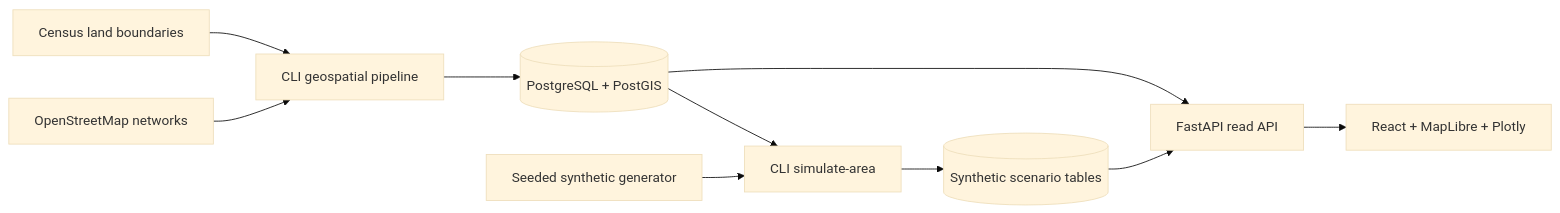
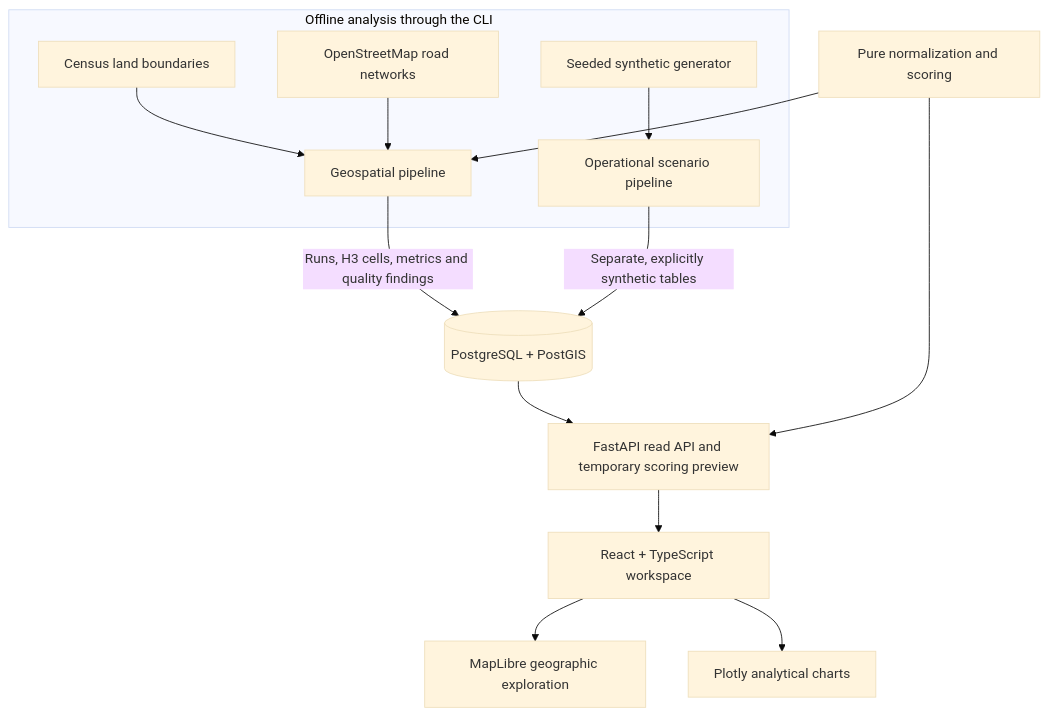
The diagram in README.md (KenilGopani/mobility-lens), drawn with Mermaid (base theme) before and after one commit. The commit also changed other lines of this file and 2 other files, not shown here.

````diff
--- a/README.md
+++ b/README.md
@@ -160,12 +90,17 @@
 ```mermaid
-flowchart LR
-    Census[Census land boundaries] --> Pipeline[CLI geospatial pipeline]
-    OSM[OpenStreetMap networks] --> Pipeline
-    Pipeline --> DB[(PostgreSQL + PostGIS)]
-    DB --> API[FastAPI read API]
-    API --> UI[React + MapLibre + Plotly]
-    Generator[Seeded synthetic generator] --> Sim[CLI simulate-area]
-    DB --> Sim
-    Sim --> Synthetic[(Synthetic scenario tables)]
-    Synthetic --> API
+flowchart TB
+    subgraph Batch[Offline analysis through the CLI]
+        Census[Census land boundaries] --> Pipeline[Geospatial pipeline]
+        OSM[OpenStreetMap road networks] --> Pipeline
+        Generator[Seeded synthetic generator] --> Simulation[Operational scenario pipeline]
+    end
+
+    Pipeline -->|Runs, H3 cells, metrics and quality findings| DB[(PostgreSQL + PostGIS)]
+    Simulation -->|Separate, explicitly synthetic tables| DB
+    Scoring[Pure normalization and scoring] --> Pipeline
+    Scoring --> API[FastAPI read API and temporary scoring preview]
+    DB --> API
+    API --> UI[React + TypeScript workspace]
+    UI --> Map[MapLibre geographic exploration]
+    UI --> Charts[Plotly analytical charts]
 ```
````
